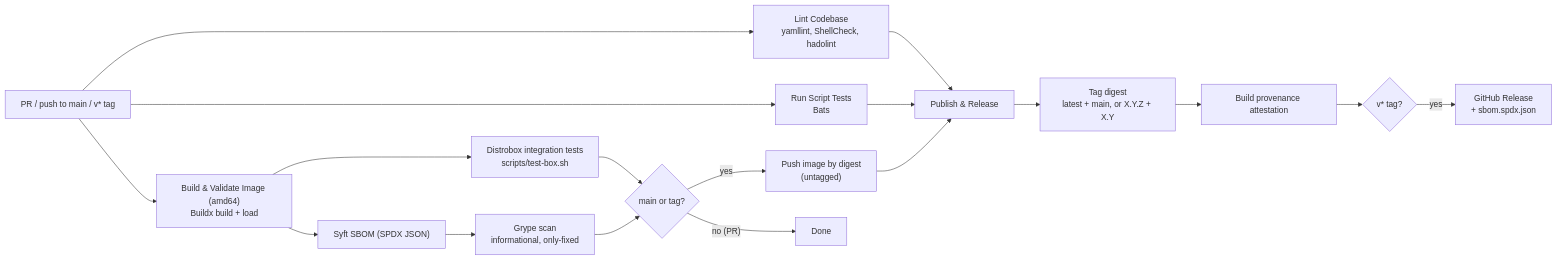
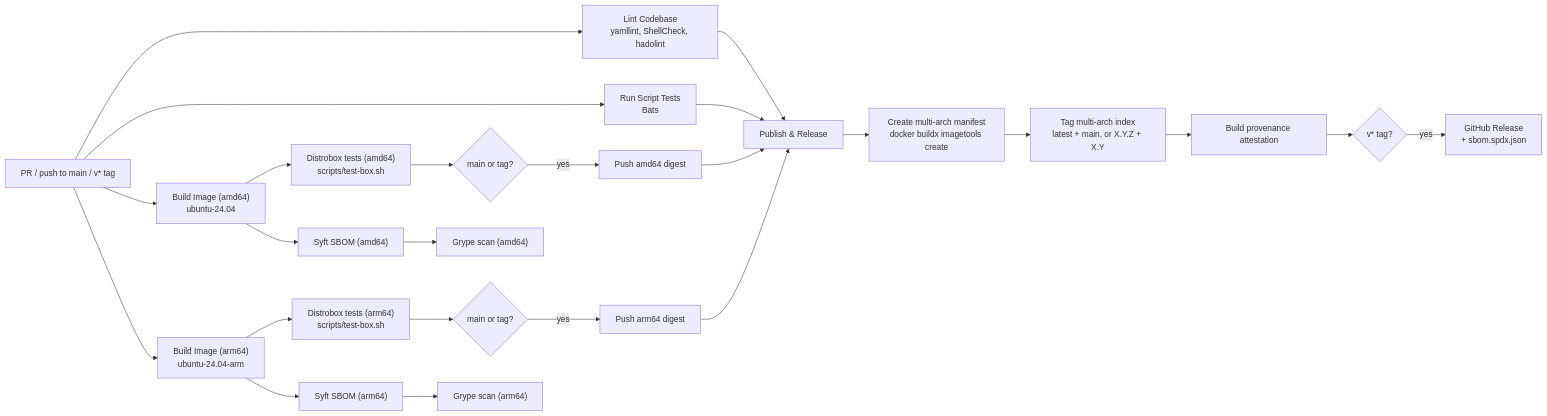
Before and after one commit to wtg-codes/agy-box: the diagram in docs/architecture.md, drawn with Mermaid. The commit also changed other lines of this file and 15 other files, not shown here.

First line of the commit message:
feat: native arm64 support for NVIDIA DGX Spark with multi-arch CI matrix (#30)

````diff
--- a/docs/architecture.md
+++ b/docs/architecture.md
@@ -101,20 +102,26 @@
 ```mermaid
 flowchart LR
     trigger["PR / push to main / v* tag"] --> lint["Lint Codebase<br/>yamllint, ShellCheck, hadolint"]
     trigger --> bats["Run Script Tests<br/>Bats"]
-    trigger --> build["Build & Validate Image (amd64)<br/>Buildx build + load"]
-    build --> itest["Distrobox integration tests<br/>scripts/test-box.sh"]
-    build --> sbom["Syft SBOM (SPDX JSON)"]
-    sbom --> grype["Grype scan<br/>informational, only-fixed"]
-    itest --> push{"main or tag?"}
-    grype --> push
-    push -- "yes" --> digest["Push image by digest<br/>(untagged)"]
-    push -- "no (PR)" --> done["Done"]
+    trigger --> build_amd64["Build Image (amd64)<br/>ubuntu-24.04"]
+    trigger --> build_arm64["Build Image (arm64)<br/>ubuntu-24.04-arm"]
+    build_amd64 --> itest_amd64["Distrobox tests (amd64)<br/>scripts/test-box.sh"]
+    build_arm64 --> itest_arm64["Distrobox tests (arm64)<br/>scripts/test-box.sh"]
+    build_amd64 --> sbom_amd64["Syft SBOM (amd64)"]
+    build_arm64 --> sbom_arm64["Syft SBOM (arm64)"]
+    sbom_amd64 --> grype_amd64["Grype scan (amd64)"]
+    sbom_arm64 --> grype_arm64["Grype scan (arm64)"]
+    itest_amd64 --> push_amd64{"main or tag?"}
+    itest_arm64 --> push_arm64{"main or tag?"}
+    push_amd64 -- "yes" --> digest_amd64["Push amd64 digest"]
+    push_arm64 -- "yes" --> digest_arm64["Push arm64 digest"]
     lint --> publish["Publish & Release"]
     bats --> publish
-    digest --> publish
-    publish --> tags["Tag digest<br/>latest + main, or X.Y.Z + X.Y"]
+    digest_amd64 --> publish
+    digest_arm64 --> publish
+    publish --> manifest["Create multi-arch manifest<br/>docker buildx imagetools create"]
+    manifest --> tags["Tag multi-arch index<br/>latest + main, or X.Y.Z + X.Y"]
     tags --> prov["Build provenance attestation"]
     prov --> release{"v* tag?"}
     release -- "yes" --> gh["GitHub Release<br/>+ sbom.spdx.json"]
 ```
````
